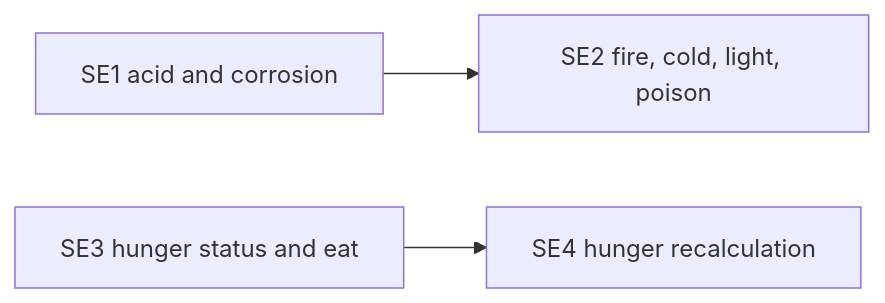
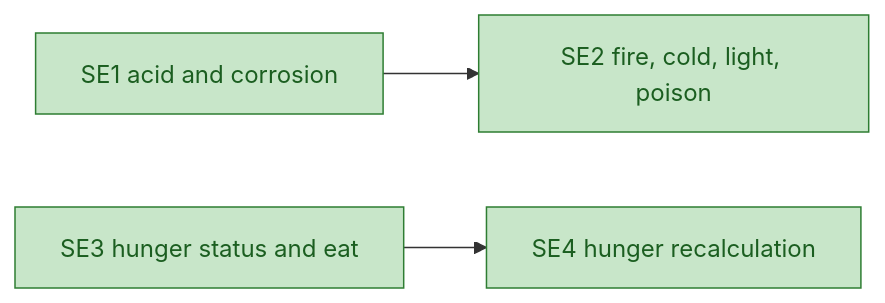
One commit to lollek/omoria changed the diagram in docs/migration/epics/status-effects.md. Above: the diagram before and after it, drawn with Mermaid. The commit also changed other lines of this file and 3 other files, not shown here.

````diff
--- a/docs/migration/epics/status-effects.md
+++ b/docs/migration/epics/status-effects.md
@@ -16,5 +18,7 @@
 ```mermaid
 graph LR
   SE1[SE1 acid and corrosion] --> SE2[SE2 fire, cold, light, poison]
   SE3[SE3 hunger status and eat] --> SE4[SE4 hunger recalculation]
+  classDef done fill:#c8e6c9,stroke:#2e7d32,color:#1b5e20
+  class SE1,SE2,SE3,SE4 done
 ```
````
